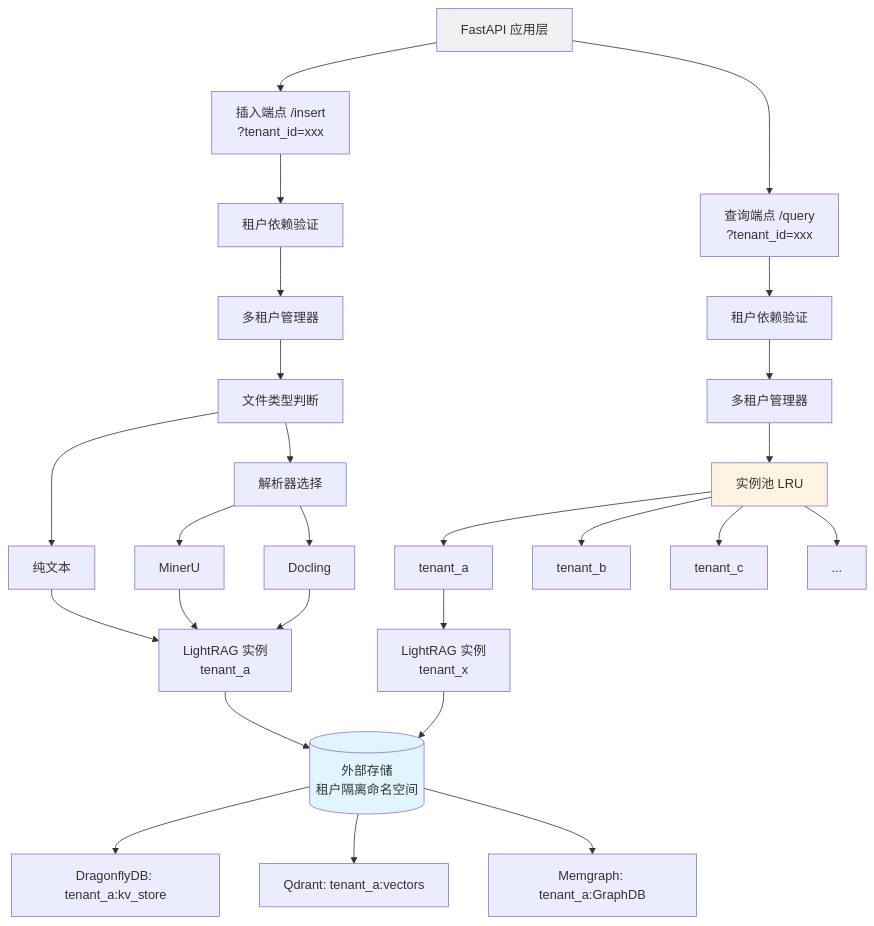
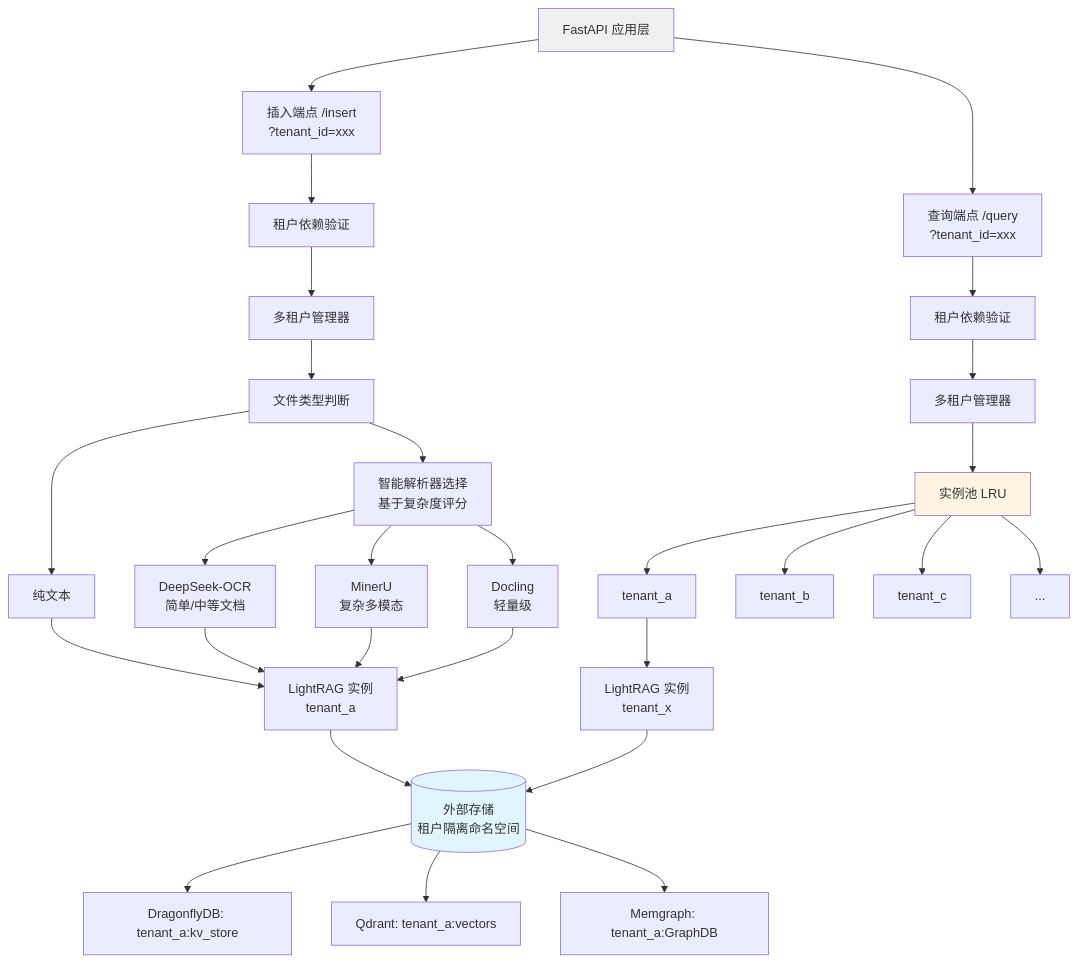
Before and after one commit to BukeLy/rag-api: the first of 8 diagrams in docs/ARCHITECTURE.md, drawn with Mermaid. The commit also changed other lines of this file and 1 other file, not shown here.

First line of the commit message:
docs: 更新架构文档以反映 DeepSeek-OCR 和解析器选择的改进

````diff
--- a/docs/ARCHITECTURE.md
+++ b/docs/ARCHITECTURE.md
@@ -27,41 +27,43 @@
 ```mermaid
 flowchart TD
     A[FastAPI 应用层] --> B[插入端点 /insert<br/>?tenant_id=xxx]
     A --> C[查询端点 /query<br/>?tenant_id=xxx]
 
     B --> D1[租户依赖验证]
     C --> D2[租户依赖验证]
 
     D1 --> E1[多租户管理器]
     D2 --> E2[多租户管理器]
 
     E1 --> F[文件类型判断]
     F --> G1[纯文本]
-    F --> G2[解析器选择]
+    F --> G2[智能解析器选择<br/>基于复杂度评分]
 
-    G2 --> H1[MinerU]
-    G2 --> H2[Docling]
+    G2 --> H1[DeepSeek-OCR<br/>简单/中等文档]
+    G2 --> H2[MinerU<br/>复杂多模态]
+    G2 --> H3[Docling<br/>轻量级]
 
     G1 --> I1[LightRAG 实例<br/>tenant_a]
     H1 --> I1
     H2 --> I1
+    H3 --> I1
 
     E2 --> J[实例池 LRU]
     J --> K1[tenant_a]
     J --> K2[tenant_b]
     J --> K3[tenant_c]
     J --> K4[...]
 
     K1 --> L[LightRAG 实例<br/>tenant_x]
 
     I1 --> M[(外部存储<br/>租户隔离命名空间)]
     L --> M
 
     M --> N1[DragonflyDB: tenant_a:kv_store]
     M --> N2[Qdrant: tenant_a:vectors]
     M --> N3[Memgraph: tenant_a:GraphDB]
 
     style M fill:#e1f5ff
     style J fill:#fff4e1
     style A fill:#f0f0f0
 ```
````
